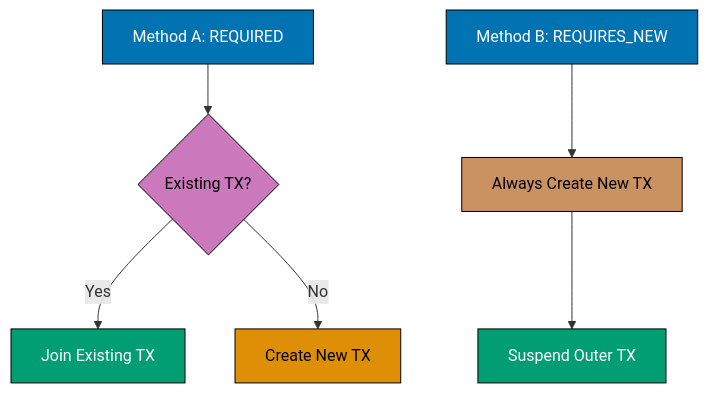
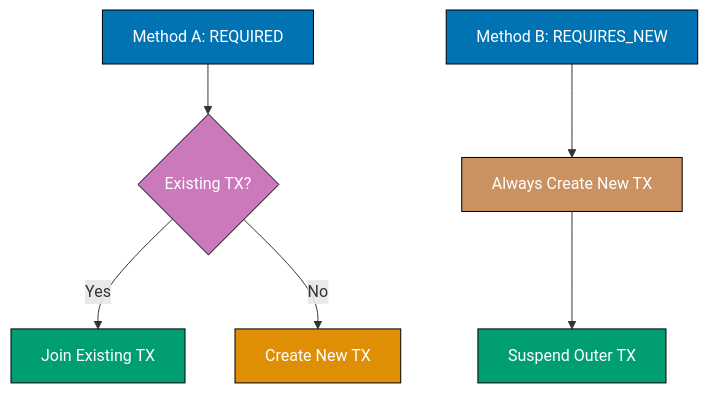
One commit to wahidyankf/open-sharia-enterprise changed the tenth of 12 diagrams in apps/ayokoding-web/content/en/learn/software-engineering/data/tools/spring-data-jpa/by-example/intermediate.md. Above: the diagram before and after it, drawn with Mermaid. The commit also changed other lines of this file and 61 other files, not shown here.

First line of the commit message:
fix(ayokoding-web): quote Mermaid node labels with special characters in Example 63

````diff
--- a/apps/ayokoding-web/content/en/learn/software-engineering/data/tools/spring-data-jpa/by-example/intermediate.md
+++ b/apps/ayokoding-web/content/en/learn/software-engineering/data/tools/spring-data-jpa/by-example/intermediate.md
@@ -1785,17 +1785,17 @@
 ```mermaid
 %% Transaction propagation flow
 graph TD
     A[Method A: REQUIRED] --> B{Existing TX?}
     B -->|Yes| C[Join Existing TX]
     B -->|No| D[Create New TX]
     E[Method B: REQUIRES_NEW] --> F[Always Create New TX]
     F --> G[Suspend Outer TX]
 
     style A fill:#0173B2,stroke:#000,color:#fff
-    style B fill:#CC78BC,stroke:#000,color:#000
+    style B fill:#CC78BC,stroke:#000,color:#fff
     style C fill:#029E73,stroke:#000,color:#fff
-    style D fill:#DE8F05,stroke:#000,color:#000
+    style D fill:#DE8F05,stroke:#000,color:#fff
     style E fill:#0173B2,stroke:#000,color:#fff
-    style F fill:#CA9161,stroke:#000,color:#000
+    style F fill:#CA9161,stroke:#000,color:#fff
     style G fill:#029E73,stroke:#000,color:#fff
 ```
````
